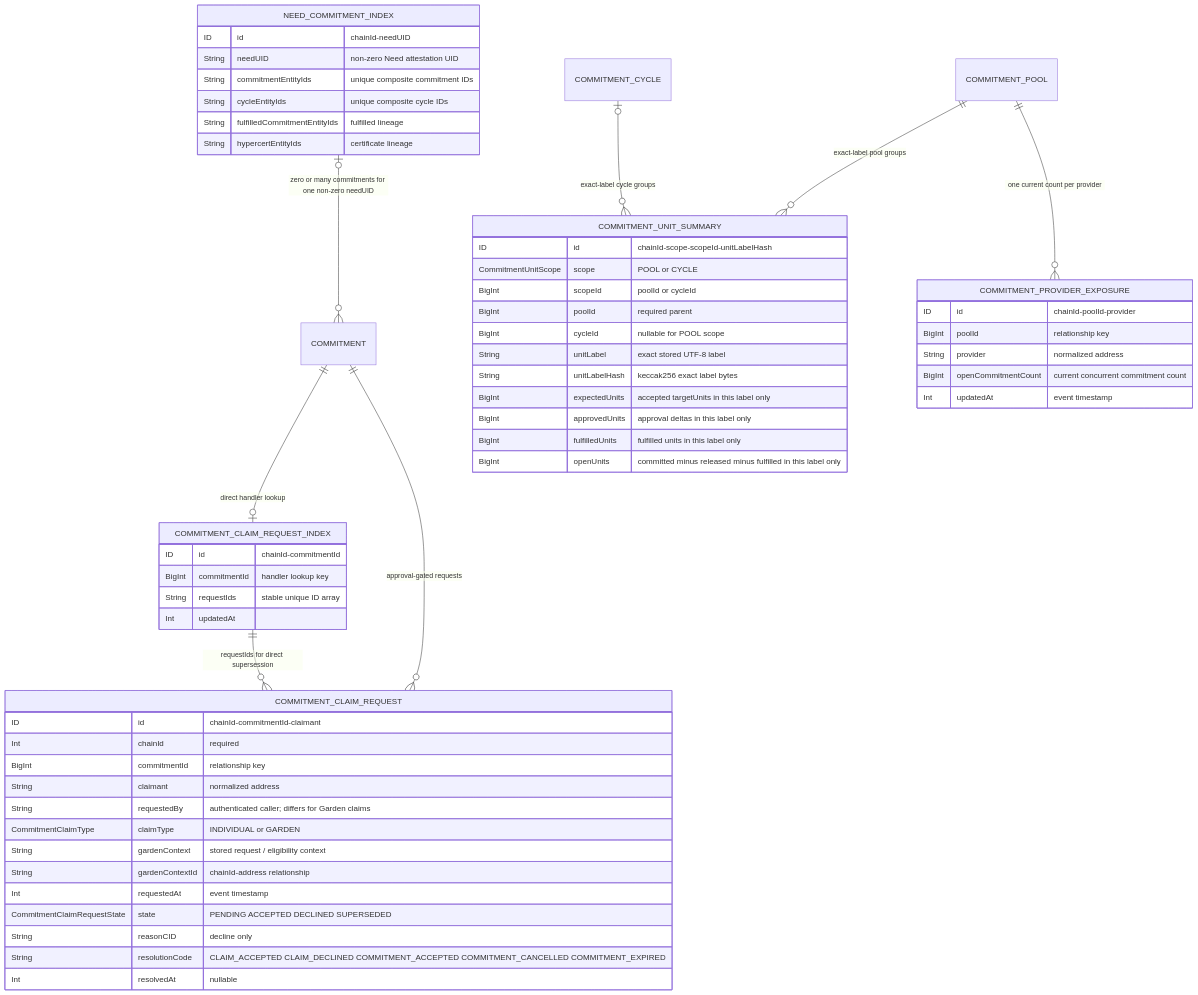
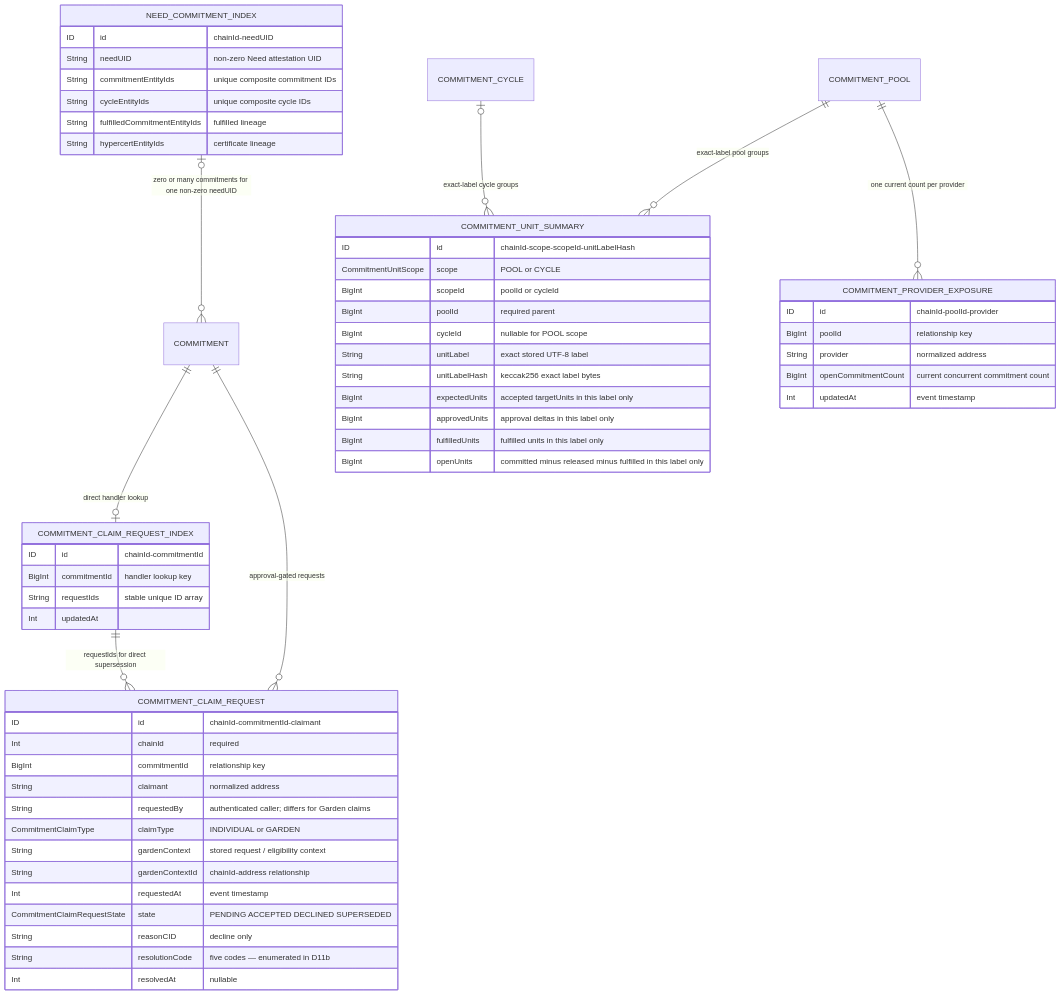
One commit to greenpill-dev-guild/green-goods changed diagram 16 of 34 in .plans/active/commitment-pooling/diagrams.md. Above: the diagram before and after it, drawn with Mermaid. The commit also changed other lines of this file and 4 other files, not shown here.

````diff
--- a/.plans/active/commitment-pooling/diagrams.md
+++ b/.plans/active/commitment-pooling/diagrams.md
@@ -763,64 +759,64 @@
 ```mermaid
 erDiagram
   COMMITMENT ||--o{ COMMITMENT_CLAIM_REQUEST : "approval-gated requests"
   COMMITMENT ||--o| COMMITMENT_CLAIM_REQUEST_INDEX : "direct handler lookup"
   COMMITMENT_CLAIM_REQUEST_INDEX ||--o{ COMMITMENT_CLAIM_REQUEST : "requestIds for direct supersession"
   COMMITMENT_POOL ||--o{ COMMITMENT_UNIT_SUMMARY : "exact-label pool groups"
   COMMITMENT_CYCLE |o--o{ COMMITMENT_UNIT_SUMMARY : "exact-label cycle groups"
   COMMITMENT_POOL ||--o{ COMMITMENT_PROVIDER_EXPOSURE : "one current count per provider"
   NEED_COMMITMENT_INDEX |o--o{ COMMITMENT : "zero or many commitments for one non-zero needUID"
 
   COMMITMENT_CLAIM_REQUEST {
     ID id "chainId-commitmentId-claimant"
     Int chainId "required"
     BigInt commitmentId "relationship key"
     String claimant "normalized address"
     String requestedBy "authenticated caller; differs for Garden claims"
     CommitmentClaimType claimType "INDIVIDUAL or GARDEN"
     String gardenContext "stored request / eligibility context"
     String gardenContextId "chainId-address relationship"
     Int requestedAt "event timestamp"
     CommitmentClaimRequestState state "PENDING ACCEPTED DECLINED SUPERSEDED"
     String reasonCID "decline only"
-    String resolutionCode "CLAIM_ACCEPTED CLAIM_DECLINED COMMITMENT_ACCEPTED COMMITMENT_CANCELLED COMMITMENT_EXPIRED"
+    String resolutionCode "five codes — enumerated in D11b"
     Int resolvedAt "nullable"
   }
 
   COMMITMENT_CLAIM_REQUEST_INDEX {
     ID id "chainId-commitmentId"
     BigInt commitmentId "handler lookup key"
     String requestIds "stable unique ID array"
     Int updatedAt ""
   }
 
   COMMITMENT_UNIT_SUMMARY {
     ID id "chainId-scope-scopeId-unitLabelHash"
     CommitmentUnitScope scope "POOL or CYCLE"
     BigInt scopeId "poolId or cycleId"
     BigInt poolId "required parent"
     BigInt cycleId "nullable for POOL scope"
     String unitLabel "exact stored UTF-8 label"
     String unitLabelHash "keccak256 exact label bytes"
     BigInt expectedUnits "accepted targetUnits in this label only"
     BigInt approvedUnits "approval deltas in this label only"
     BigInt fulfilledUnits "fulfilled units in this label only"
     BigInt openUnits "committed minus released minus fulfilled in this label only"
   }
 
   COMMITMENT_PROVIDER_EXPOSURE {
     ID id "chainId-poolId-provider"
     BigInt poolId "relationship key"
     String provider "normalized address"
     BigInt openCommitmentCount "current concurrent commitment count"
     Int updatedAt "event timestamp"
   }
 
   NEED_COMMITMENT_INDEX {
     ID id "chainId-needUID"
     String needUID "non-zero Need attestation UID"
     String commitmentEntityIds "unique composite commitment IDs"
     String cycleEntityIds "unique composite cycle IDs"
     String fulfilledCommitmentEntityIds "fulfilled lineage"
     String hypercertEntityIds "certificate lineage"
   }
 ```
````
